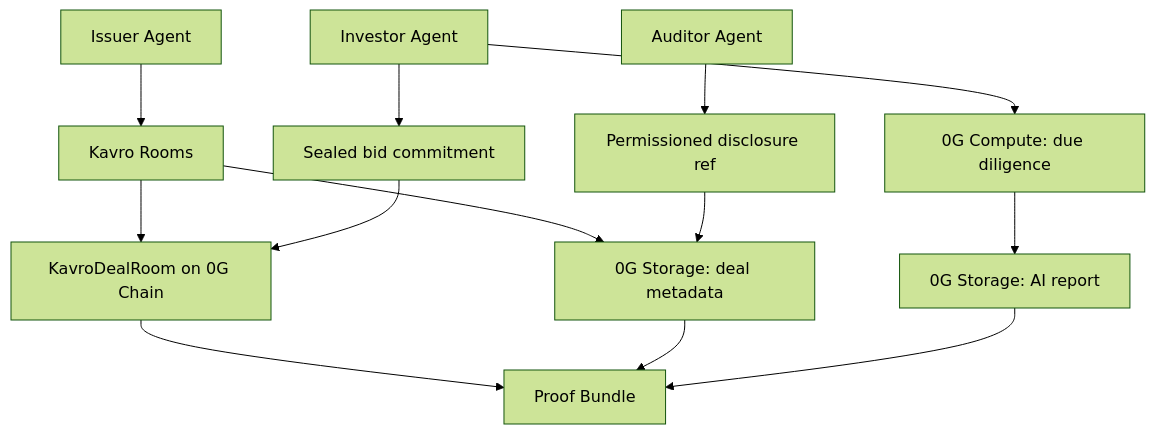
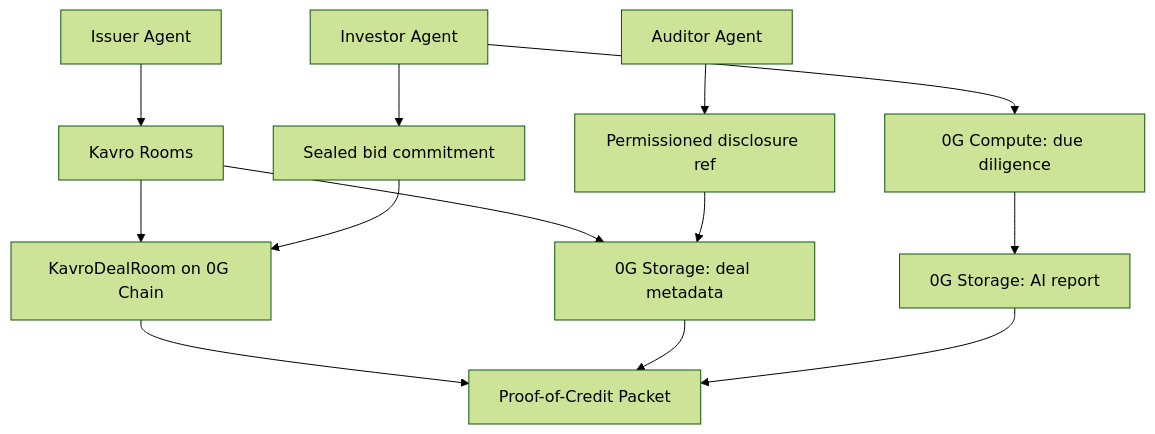
One commit to karagozemin/Kavro-Protocol changed the diagram in ARCHITECTURE.md. Above: the diagram before and after it, drawn with Mermaid (forest theme). The commit also changed other lines of this file and 23 other files, not shown here.

````diff
--- a/ARCHITECTURE.md
+++ b/ARCHITECTURE.md
@@ -43,15 +54,15 @@
 ```mermaid
 flowchart TD
   A[Issuer Agent] --> B[Kavro Rooms]
   B --> C[0G Storage: deal metadata]
   B --> D[KavroDealRoom on 0G Chain]
   E[Investor Agent] --> F[0G Compute: due diligence]
   F --> G[0G Storage: AI report]
   E --> H[Sealed bid commitment]
   H --> D
   I[Auditor Agent] --> J[Permissioned disclosure ref]
   J --> C
-  D --> K[Proof Bundle]
+  D --> K[Proof-of-Credit Packet]
   C --> K
   G --> K
 ```
````
